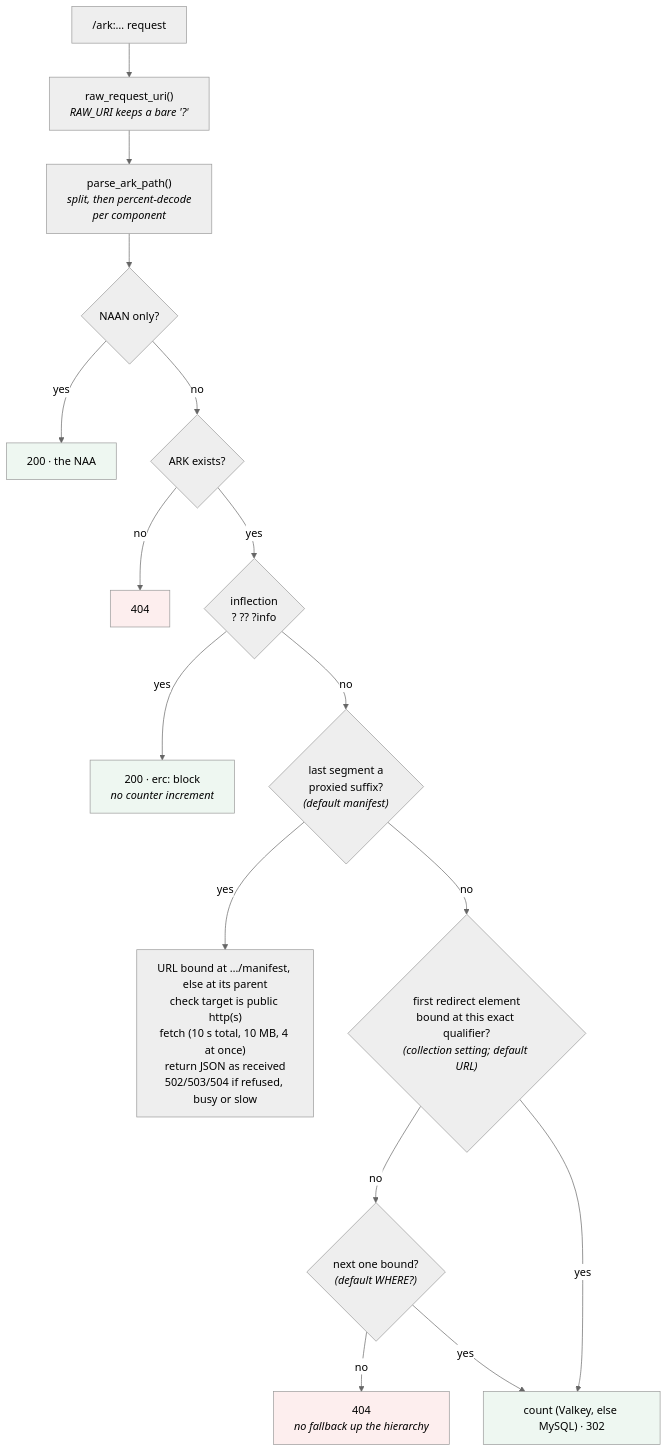
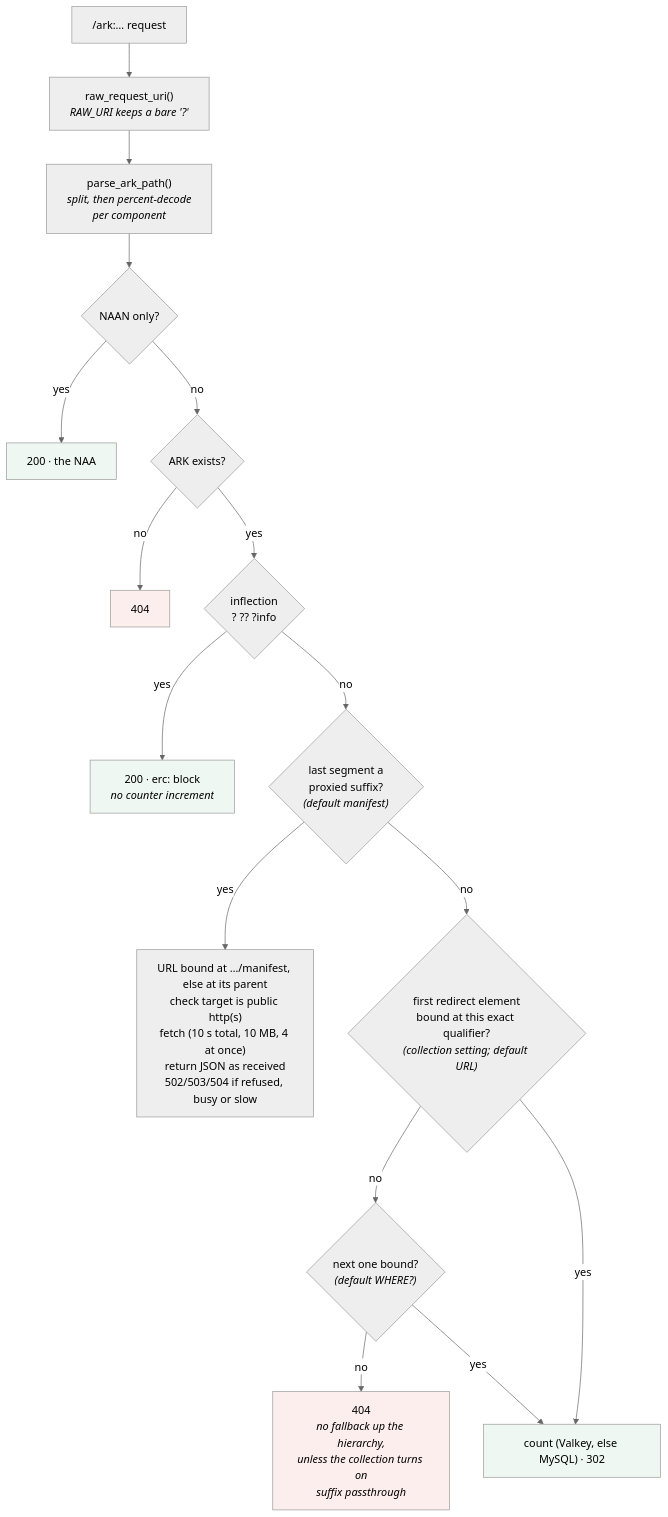
One commit to digitalutsc/arks-service changed the seventh of 11 diagrams in docs/README_EXTENDED.md. Above: the diagram before and after it, drawn with Mermaid (neutral theme). The commit also changed other lines of this file and 15 other files, not shown here.

````diff
--- a/docs/README_EXTENDED.md
+++ b/docs/README_EXTENDED.md
@@ -285,24 +285,24 @@
 ```mermaid
 flowchart TD
     A["/ark:… request"] --> B["raw_request_uri()<br/><i>RAW_URI keeps a bare '?'</i>"]
     B --> C["parse_ark_path()<br/><i>split, then percent-decode<br/>per component</i>"]
     C --> D{"NAAN only?"}
     D -->|yes| E["200 · the NAA"]
     D -->|no| F{"ARK exists?"}
     F -->|no| G["404"]
     F -->|yes| H{"inflection<br/>? ?? ?info"}
     H -->|yes| I["200 · erc: block<br/><i>no counter increment</i>"]
     H -->|no| J{"last segment a<br/>proxied suffix?<br/><i>(default manifest)</i>"}
     J -->|yes| K["URL bound at …/manifest, else at its parent<br/>check target is public http(s)<br/>fetch (10 s total, 10 MB, 4 at once)<br/>return JSON as received<br/>502/503/504 if refused, busy or slow"]
     J -->|no| L{"first redirect element<br/>bound at this exact qualifier?<br/><i>(collection setting; default URL)</i>"}
     L -->|no| M{"next one bound?<br/><i>(default WHERE?)</i>"}
-    M -->|no| N["404<br/><i>no fallback up the hierarchy</i>"]
+    M -->|no| N["404<br/><i>no fallback up the hierarchy,<br/>unless the collection turns on<br/>suffix passthrough</i>"]
     M -->|yes| O["count (Valkey, else MySQL) · 302"]
     L -->|yes| O
 
     style E fill:#eef7f1
     style I fill:#eef7f1
     style O fill:#eef7f1
     style G fill:#fdeeee
     style N fill:#fdeeee
 ```
````
